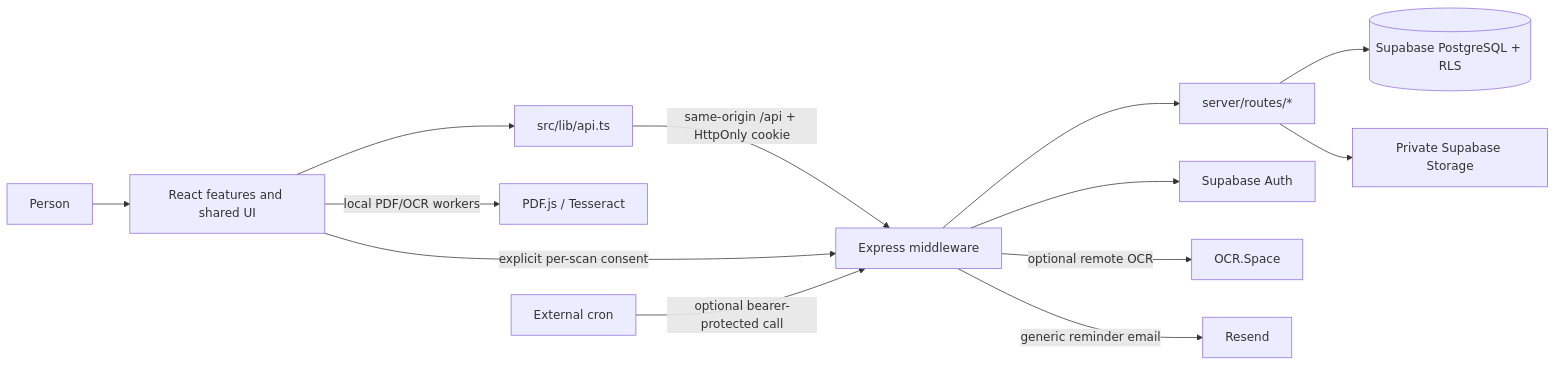
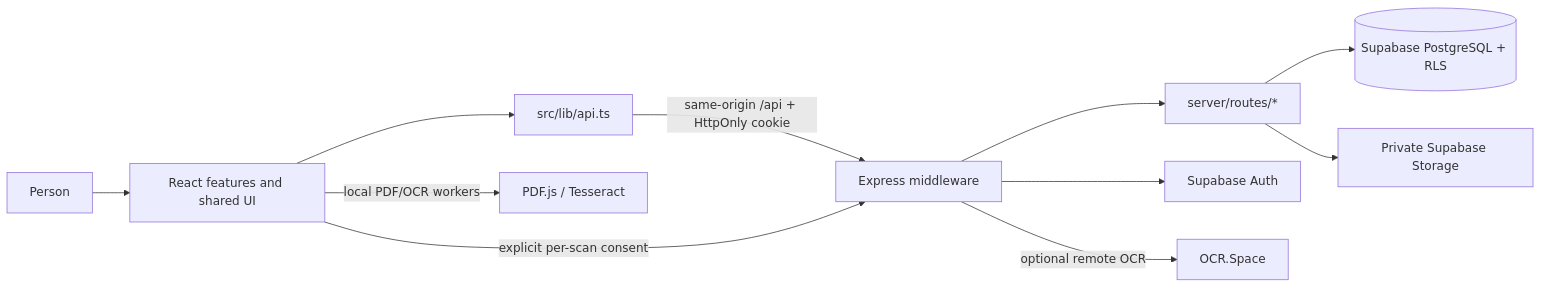
One commit to adrock18/medivault changed the diagram in README.md. Above: the diagram before and after it, drawn with Mermaid. The commit also changed other lines of this file and 31 other files, not shown here.

````diff
--- a/README.md
+++ b/README.md
@@ -70,15 +82,13 @@
 ```mermaid
 flowchart LR
   Person --> React["React features and shared UI"]
   React --> Client["src/lib/api.ts"]
   Client -->|"same-origin /api + HttpOnly cookie"| Express["Express middleware"]
   Express --> Routes["server/routes/*"]
   Express --> Auth["Supabase Auth"]
   Routes --> DB[("Supabase PostgreSQL + RLS")]
   Routes --> Files["Private Supabase Storage"]
   React -->|"local PDF/OCR workers"| OCR["PDF.js / Tesseract"]
   React -->|"explicit per-scan consent"| Express
   Express -->|"optional remote OCR"| OCRSpace["OCR.Space"]
-  Scheduler["External cron"] -->|"optional bearer-protected call"| Express
-  Express -->|"generic reminder email"| Resend["Resend"]
 ```
````
